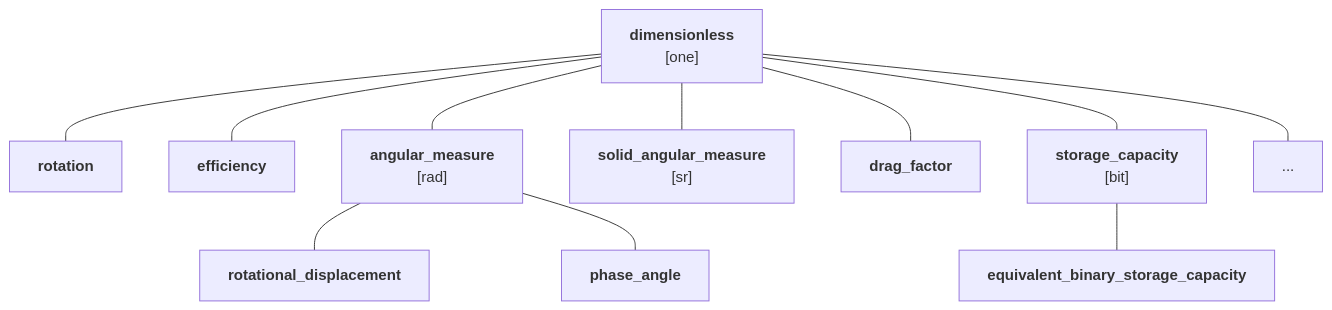
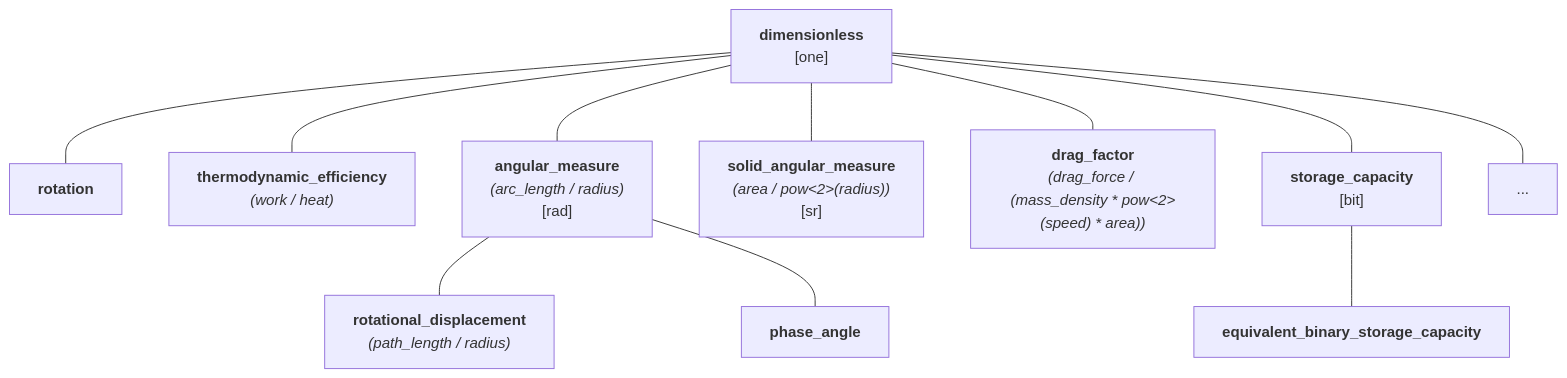
Before and after one commit to mpusz/mp-units: the diagram in docs/users_guide/framework_basics/dimensionless_quantities.md, drawn with Mermaid. The commit also changed other lines of this file and 1 other file, not shown here.

Commit message:
docs: minor cleanup of quantity hierarchies

````diff
--- a/docs/users_guide/framework_basics/dimensionless_quantities.md
+++ b/docs/users_guide/framework_basics/dimensionless_quantities.md
@@ -263,13 +263,13 @@
 ```mermaid
 flowchart TD
     dimensionless["<b>dimensionless</b><br>[one]"]
     dimensionless --- rotation["<b>rotation</b>"]
-    dimensionless --- efficiency["<b>efficiency</b>"]
-    dimensionless --- angular_measure["<b>angular_measure</b><br>[rad]"]
-    angular_measure --- rotational_displacement["<b>rotational_displacement</b>"]
+    dimensionless --- thermodynamic_efficiency["<b>thermodynamic_efficiency</b><br><i>(work / heat)</i>"]
+    dimensionless --- angular_measure["<b>angular_measure</b><br><i>(arc_length / radius)</i><br>[rad]"]
+    angular_measure --- rotational_displacement["<b>rotational_displacement</b><br><i>(path_length / radius)</i>"]
     angular_measure --- phase_angle["<b>phase_angle</b>"]
-    dimensionless --- solid_angular_measure["<b>solid_angular_measure</b><br>[sr]"]
-    dimensionless --- drag_factor["<b>drag_factor</b>"]
+    dimensionless --- solid_angular_measure["<b>solid_angular_measure</b><br><i>(area / pow<2>(radius))</i><br>[sr]"]
+    dimensionless --- drag_factor["<b>drag_factor</b><br><i>(drag_force / (mass_density * pow<2>(speed) * area))</i>"]
     dimensionless --- storage_capacity["<b>storage_capacity</b><br>[bit]"] --- equivalent_binary_storage_capacity["<b>equivalent_binary_storage_capacity</b>"]
     dimensionless --- ...
 ```
````
